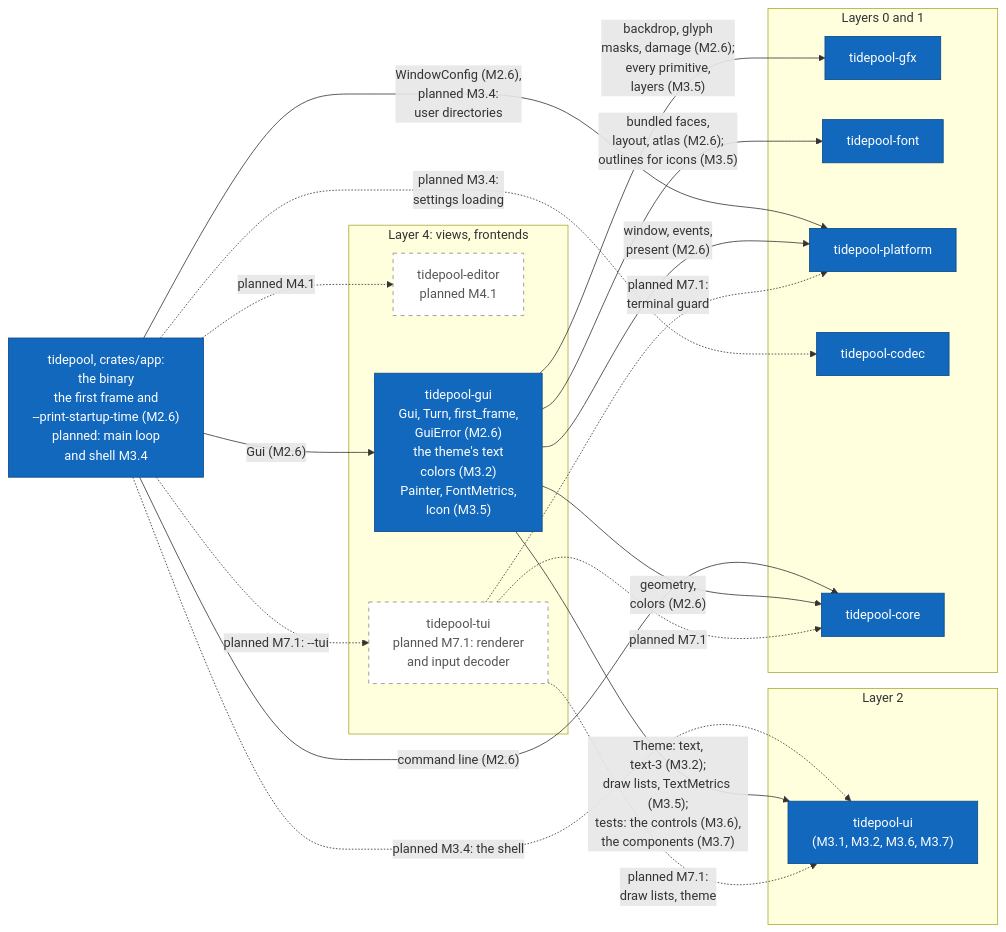
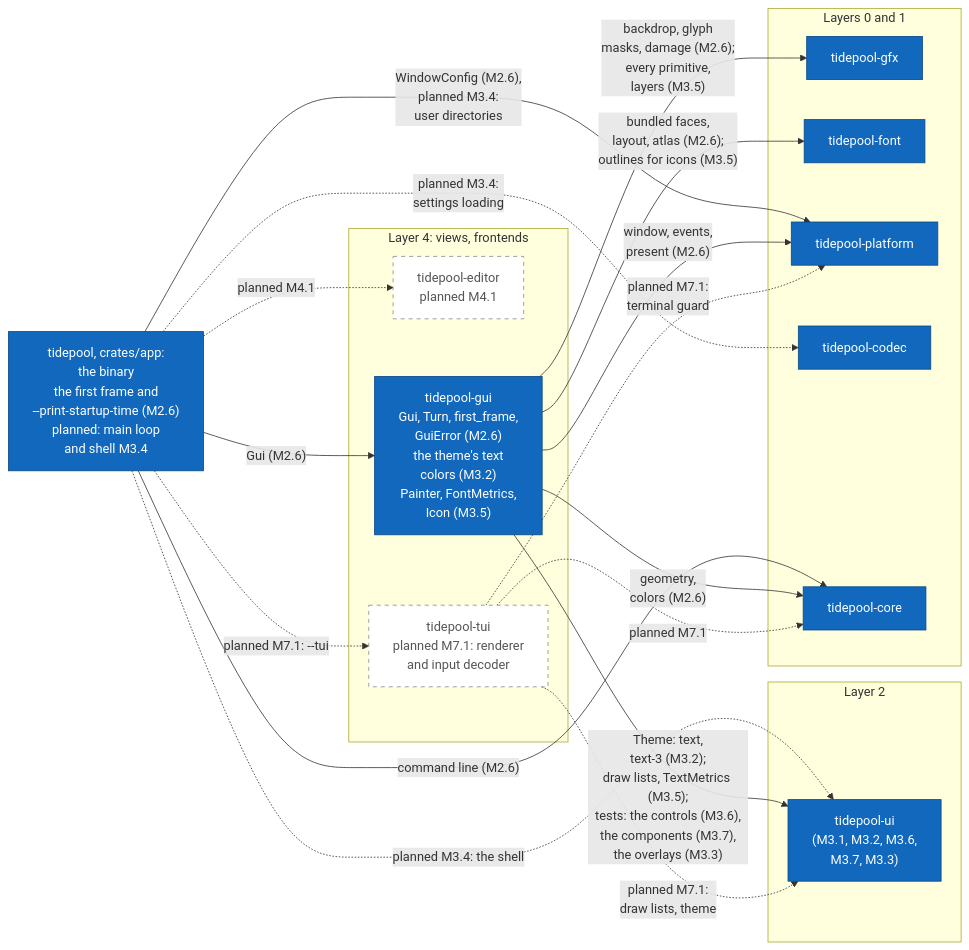
The tenth of 17 diagrams in diagrams/c4-architecture.md (jabbott-iii/Tidepool), drawn with Mermaid before and after one commit. The commit also changed other lines of this file and 62 other files, not shown here.

````diff
--- a/diagrams/c4-architecture.md
+++ b/diagrams/c4-architecture.md
@@ -538,40 +541,40 @@
 ```mermaid
 flowchart LR
     k_app["tidepool, crates/app:<br/>the binary<br/>the first frame and<br/>--print-startup-time (M2.6)<br/>planned: main loop<br/>and shell M3.4"]
     subgraph L4["Layer 4: views, frontends"]
         k_editor["tidepool-editor<br/>planned M4.1"]
         k_gui["tidepool-gui<br/>Gui, Turn, first_frame,<br/>GuiError (M2.6)<br/>the theme's text<br/>colors (M3.2)<br/>Painter, FontMetrics,<br/>Icon (M3.5)"]
         k_tui["tidepool-tui<br/>planned M7.1: renderer<br/>and input decoder"]
     end
     subgraph L2["Layer 2"]
-        k_ui["tidepool-ui<br/>(M3.1, M3.2, M3.6, M3.7)"]
+        k_ui["tidepool-ui<br/>(M3.1, M3.2, M3.6,<br/>M3.7, M3.3)"]
     end
     subgraph L01["Layers 0 and 1"]
         k_gfx["tidepool-gfx"]
         k_font["tidepool-font"]
         k_platform["tidepool-platform"]
         k_codec["tidepool-codec"]
         k_core["tidepool-core"]
     end
 
     k_app -->|"Gui (M2.6)"| k_gui
     k_app -.->|"planned M7.1: --tui"| k_tui
     k_app -.->|"planned M4.1"| k_editor
     k_app -.->|"planned M3.4: the shell"| k_ui
     k_app -.->|"planned M3.4:<br/>settings loading"| k_codec
     k_app -->|"WindowConfig (M2.6),<br/>planned M3.4:<br/>user directories"| k_platform
     k_app -->|"command line (M2.6)"| k_core
     k_gui -->|"geometry,<br/>colors (M2.6)"| k_core
     k_gui -->|"window, events,<br/>present (M2.6)"| k_platform
     k_gui -->|"backdrop, glyph<br/>masks, damage (M2.6);<br/>every primitive,<br/>layers (M3.5)"| k_gfx
     k_gui -->|"bundled faces,<br/>layout, atlas (M2.6);<br/>outlines for icons (M3.5)"| k_font
-    k_gui -->|"Theme: text,<br/>text-3 (M3.2);<br/>draw lists, TextMetrics (M3.5);<br/>tests: the controls (M3.6),<br/>the components (M3.7)"| k_ui
+    k_gui -->|"Theme: text,<br/>text-3 (M3.2);<br/>draw lists, TextMetrics (M3.5);<br/>tests: the controls (M3.6),<br/>the components (M3.7),<br/>the overlays (M3.3)"| k_ui
     k_tui -.->|"planned M7.1"| k_core
     k_tui -.->|"planned M7.1:<br/>terminal guard"| k_platform
     k_tui -.->|"planned M7.1:<br/>draw lists, theme"| k_ui
 
     classDef built fill:#1168bd,stroke:#0b4884,color:#ffffff
     classDef planned fill:#ffffff,stroke:#888888,stroke-dasharray: 5 5,color:#555555
     class k_app,k_gui,k_platform,k_codec,k_gfx,k_font,k_core,k_ui built
     class k_editor,k_tui planned
 ```
````
